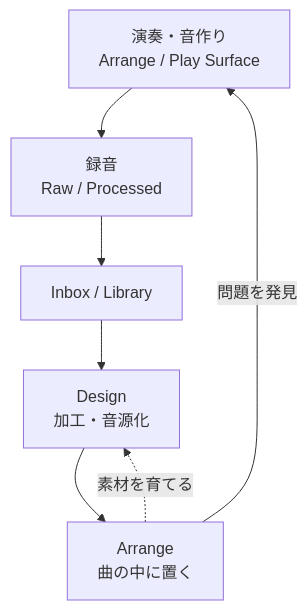
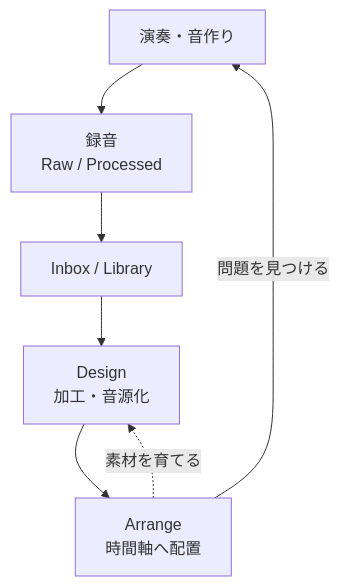
The second of 2 diagrams in docs/CONCEPT.md (endo-ly/riffra), drawn with Mermaid before and after one commit. The commit also changed other lines of this file and 9 other files, not shown here.

````diff
--- a/docs/CONCEPT.md
+++ b/docs/CONCEPT.md
@@ -108,9 +103,9 @@
 ```mermaid
 flowchart TD
-    P["演奏・音作り<br/>Arrange / Play Surface"] --> R["録音<br/>Raw / Processed"]
-    R --> I["Inbox / Library"]
-    I --> D["Design<br/>加工・音源化"]
-    D --> A["Arrange<br/>曲の中に置く"]
-    A -->|問題を発見| P
-    A -.->|素材を育てる| D
+    PLAY["演奏・音作り"] --> CAPTURE["録音<br/>Raw / Processed"]
+    CAPTURE --> INBOX["Inbox / Library"]
+    INBOX --> DESIGN["Design<br/>加工・音源化"]
+    DESIGN --> ARRANGE["Arrange<br/>時間軸へ配置"]
+    ARRANGE -->|"問題を見つける"| PLAY
+    ARRANGE -.->|"素材を育てる"| DESIGN
 ```
````
